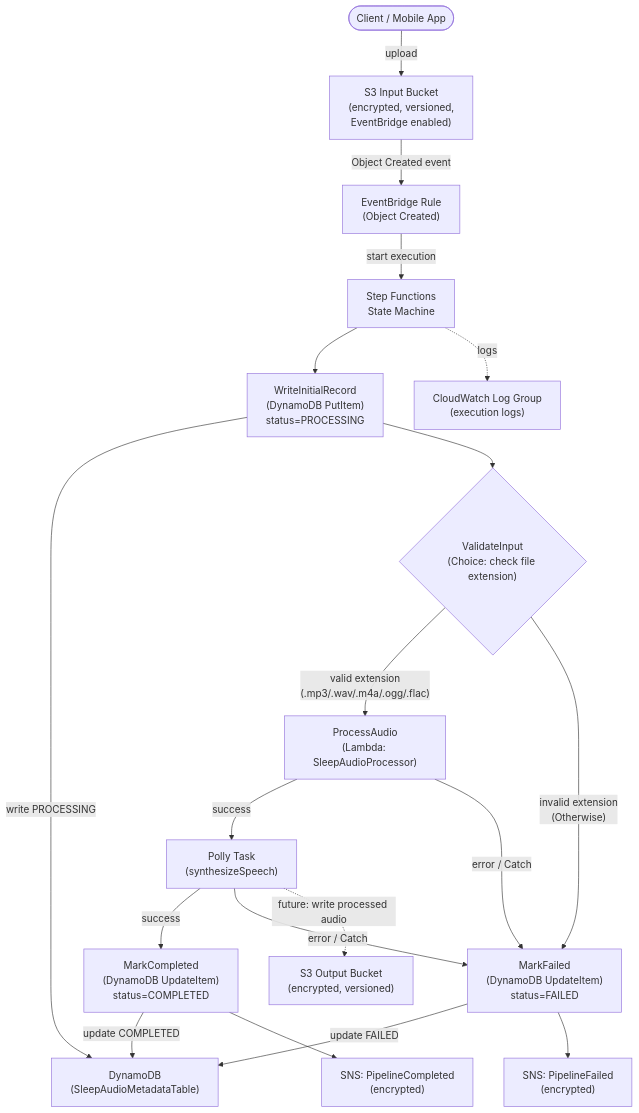
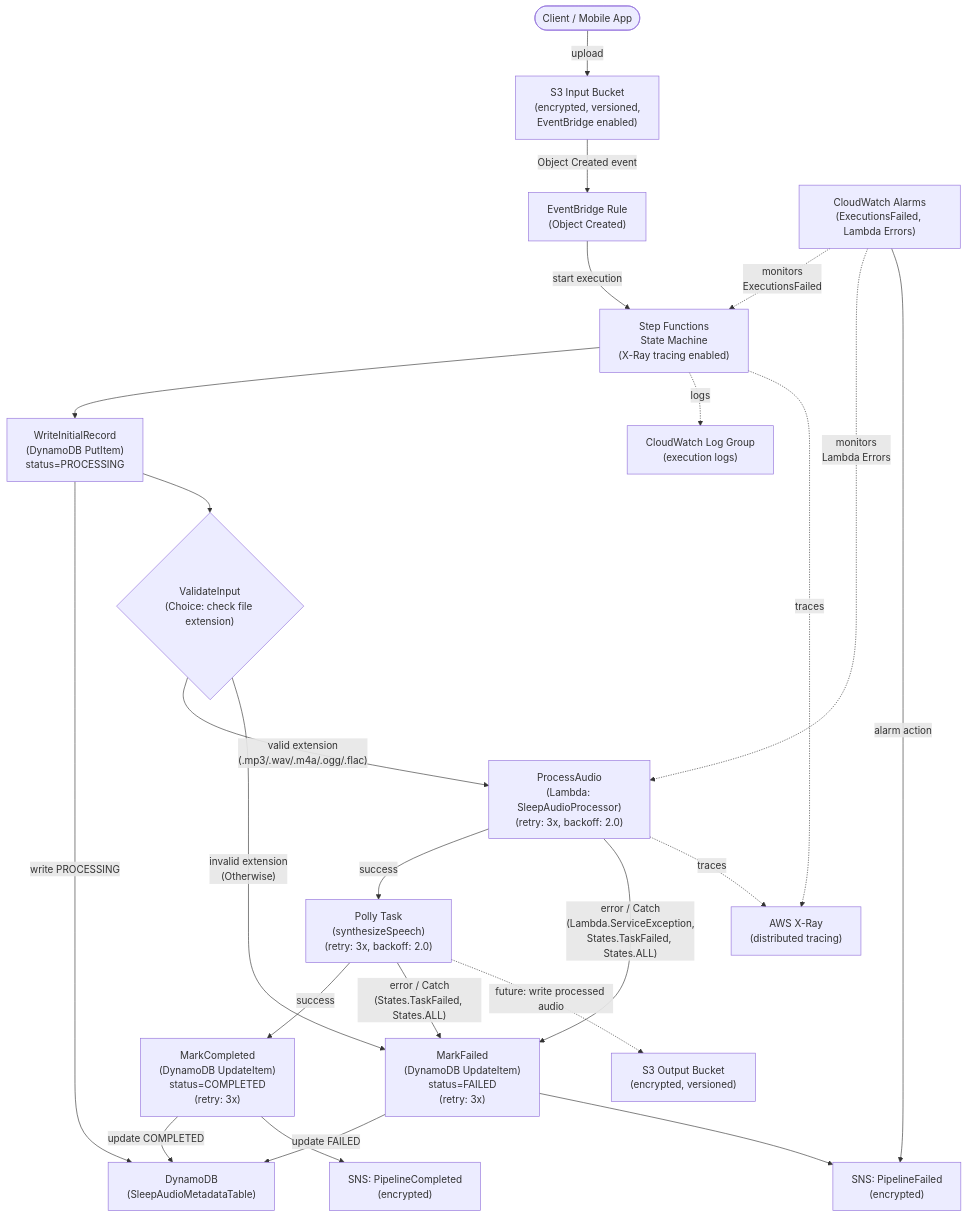
One commit to obstreperous-ai/cdk-sleep-go-kiro changed the second of 4 diagrams in ARCHITECTURE.md. Above: the diagram before and after it, drawn with Mermaid. The commit also changed other lines of this file and 1 other file, not shown here.

Commit message:
docs: update ARCHITECTURE.md with error handling strategy, observability, and retry policies

````diff
--- a/ARCHITECTURE.md
+++ b/ARCHITECTURE.md
@@ -264,38 +299,45 @@
 ```mermaid
 flowchart TD
     Client([Client / Mobile App])
 
     S3In["S3 Input Bucket\n(encrypted, versioned,\nEventBridge enabled)"]
     EB["EventBridge Rule\n(Object Created)"]
-    SFN["Step Functions\nState Machine"]
+    SFN["Step Functions\nState Machine\n(X-Ray tracing enabled)"]
     PutItem["WriteInitialRecord\n(DynamoDB PutItem)\nstatus=PROCESSING"]
     ValidateInput{"ValidateInput\n(Choice: check file extension)"}
-    ProcessAudio["ProcessAudio\n(Lambda: SleepAudioProcessor)"]
-    Polly["Polly Task\n(synthesizeSpeech)"]
-    MarkCompleted["MarkCompleted\n(DynamoDB UpdateItem)\nstatus=COMPLETED"]
-    MarkFailed["MarkFailed\n(DynamoDB UpdateItem)\nstatus=FAILED"]
+    ProcessAudio["ProcessAudio\n(Lambda: SleepAudioProcessor)\n(retry: 3x, backoff: 2.0)"]
+    Polly["Polly Task\n(synthesizeSpeech)\n(retry: 3x, backoff: 2.0)"]
+    MarkCompleted["MarkCompleted\n(DynamoDB UpdateItem)\nstatus=COMPLETED\n(retry: 3x)"]
+    MarkFailed["MarkFailed\n(DynamoDB UpdateItem)\nstatus=FAILED\n(retry: 3x)"]
     SNSOk["SNS: PipelineCompleted\n(encrypted)"]
     SNSErr["SNS: PipelineFailed\n(encrypted)"]
     DDB["DynamoDB\n(SleepAudioMetadataTable)"]
     CWLogs["CloudWatch Log Group\n(execution logs)"]
+    CWAlarms["CloudWatch Alarms\n(ExecutionsFailed, Lambda Errors)"]
+    XRay["AWS X-Ray\n(distributed tracing)"]
     S3Out["S3 Output Bucket\n(encrypted, versioned)"]
 
     Client -->|upload| S3In
     S3In -->|Object Created event| EB
     EB -->|start execution| SFN
     SFN --> PutItem
     PutItem -->|write PROCESSING| DDB
     PutItem --> ValidateInput
     ValidateInput -->|"valid extension\n(.mp3/.wav/.m4a/.ogg/.flac)"| ProcessAudio
     ValidateInput -->|"invalid extension\n(Otherwise)"| MarkFailed
     ProcessAudio -->|success| Polly
-    ProcessAudio -->|error / Catch| MarkFailed
+    ProcessAudio -->|"error / Catch\n(Lambda.ServiceException,\nStates.TaskFailed, States.ALL)"| MarkFailed
     Polly -->|success| MarkCompleted
-    Polly -->|error / Catch| MarkFailed
+    Polly -->|"error / Catch\n(States.TaskFailed, States.ALL)"| MarkFailed
     MarkCompleted -->|update COMPLETED| DDB
     MarkCompleted --> SNSOk
     MarkFailed -->|update FAILED| DDB
     MarkFailed --> SNSErr
     SFN -. logs .-> CWLogs
+    CWAlarms -. "monitors\nExecutionsFailed" .-> SFN
+    CWAlarms -. "monitors\nLambda Errors" .-> ProcessAudio
+    CWAlarms -->|alarm action| SNSErr
+    SFN -. traces .-> XRay
+    ProcessAudio -. traces .-> XRay
     Polly -.->|future: write processed audio| S3Out
 ```
````
